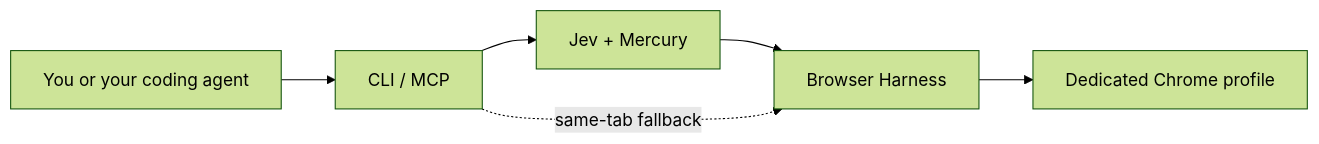
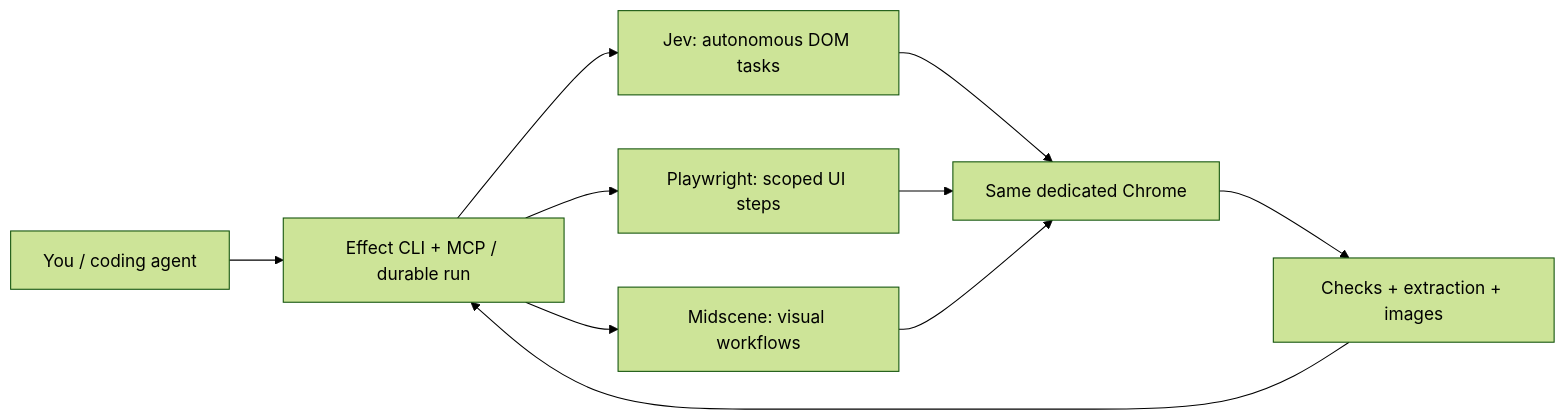
The diagram in README.md (BleedingDev/fastest-e2e), drawn with Mermaid (forest theme) before and after one commit. The commit also changed other lines of this file and 39 other files, not shown here.

````diff
--- a/README.md
+++ b/README.md
@@ -5,8 +5,12 @@
 ```mermaid
 flowchart LR
-    Caller["You or your coding agent"] --> Entry["CLI / MCP"]
-    Entry --> Jev["Jev + Mercury"]
-    Jev --> Harness["Browser Harness"]
-    Entry -. "same-tab fallback" .-> Harness
-    Harness --> Chrome["Dedicated Chrome profile"]
+    Agent["You / coding agent"] --> Run["Effect CLI + MCP / durable run"]
+    Run --> Jev["Jev: autonomous DOM tasks"]
+    Run --> Steps["Playwright: scoped UI steps"]
+    Run --> Vision["Midscene: visual workflows"]
+    Jev --> Chrome["Same dedicated Chrome"]
+    Steps --> Chrome
+    Vision --> Chrome
+    Chrome --> Evidence["Checks + extraction + images"]
+    Evidence --> Run
 ```
````
